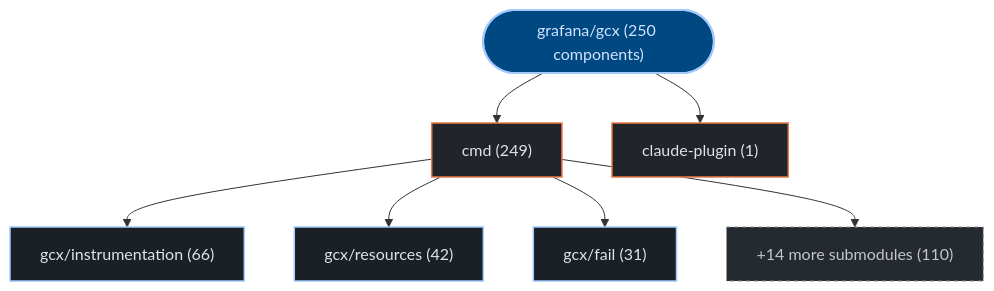
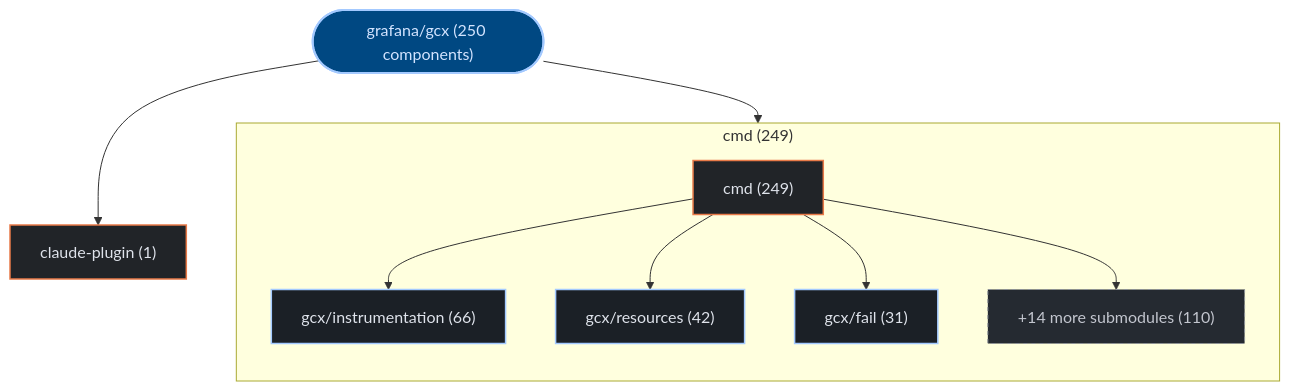
One commit to kumarshaz/atruss-code-atlas changed the first of 3 diagrams in exports/latest/reports/grafana-gcx-report.md. Above: the diagram before and after it, drawn with Mermaid. The commit also changed 178 other files, not shown here.

Commit message:
feat(ui,mermaid): upgrade to mermaid v12 + ELK layout, add orgs-summary + pagination, subgraph building blocks, fix tab alignment

````diff
--- a/exports/latest/reports/grafana-gcx-report.md
+++ b/exports/latest/reports/grafana-gcx-report.md
@@ -42,23 +42,26 @@
 ```mermaid
 graph TD;
   classDef atlasRoot fill:#004882,stroke:#a3c9ff,stroke-width:2px,color:#d3e4ff
   classDef atlasCategory fill:#212428,stroke:#E87A48,stroke-width:1.5px,color:#dfe3eb
   classDef atlasWorkflow fill:#1b2026,stroke:#a3c9ff,stroke-width:1.5px,color:#dfe3eb
   classDef atlasJob fill:#171c22,stroke:#8d9199,stroke-width:1px,color:#dfe3eb
   classDef atlasTarget fill:#005227,stroke:#8bd99b,stroke-width:1.5px,color:#a7f6b6
   classDef atlasAlert fill:#93000a,stroke:#ffb4ab,stroke-width:1.5px,color:#ffdad6
   classDef atlasMore fill:#252a31,stroke:#8d9199,stroke-dasharray:4 4,color:#c3c6cf
     repo_root(["grafana/gcx (250 components)"]):::atlasRoot
-    dir_0_cmd["cmd (249)"]:::atlasCategory
+    subgraph sg_dir_0_cmd["cmd (249)"]
+      direction TB
+      dir_0_cmd["cmd (249)"]:::atlasCategory
+      sub_0_0_gcx_instrumentation["gcx/instrumentation (66)"]:::atlasWorkflow
+      dir_0_cmd --> sub_0_0_gcx_instrumentation
+      sub_0_1_gcx_resources["gcx/resources (42)"]:::atlasWorkflow
+      dir_0_cmd --> sub_0_1_gcx_resources
+      sub_0_2_gcx_fail["gcx/fail (31)"]:::atlasWorkflow
+      dir_0_cmd --> sub_0_2_gcx_fail
+      sub_0_more["+14 more submodules (110)"]:::atlasMore
+      dir_0_cmd --> sub_0_more
+    end
     repo_root --> dir_0_cmd
-    sub_0_0_gcx_instrumentation["gcx/instrumentation (66)"]:::atlasWorkflow
-    dir_0_cmd --> sub_0_0_gcx_instrumentation
-    sub_0_1_gcx_resources["gcx/resources (42)"]:::atlasWorkflow
-    dir_0_cmd --> sub_0_1_gcx_resources
-    sub_0_2_gcx_fail["gcx/fail (31)"]:::atlasWorkflow
-    dir_0_cmd --> sub_0_2_gcx_fail
-    sub_0_more["+14 more submodules (110)"]:::atlasMore
-    dir_0_cmd --> sub_0_more
     dir_1_claude_plugin["claude-plugin (1)"]:::atlasCategory
     repo_root --> dir_1_claude_plugin
 ```
````
